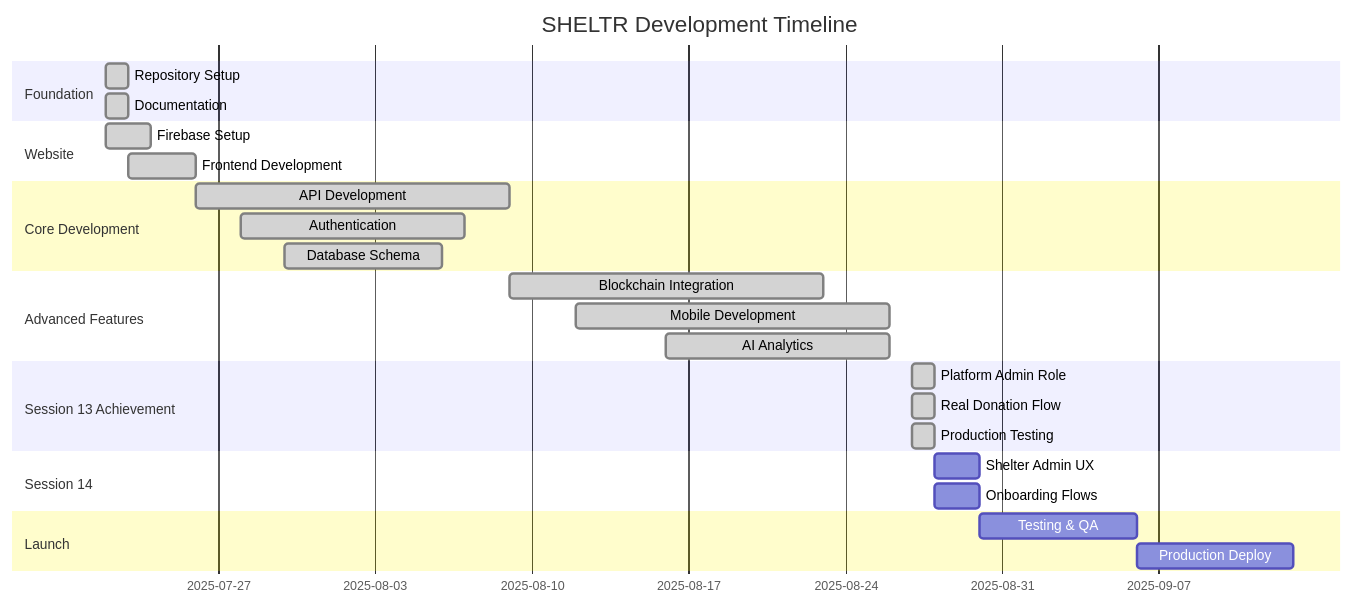
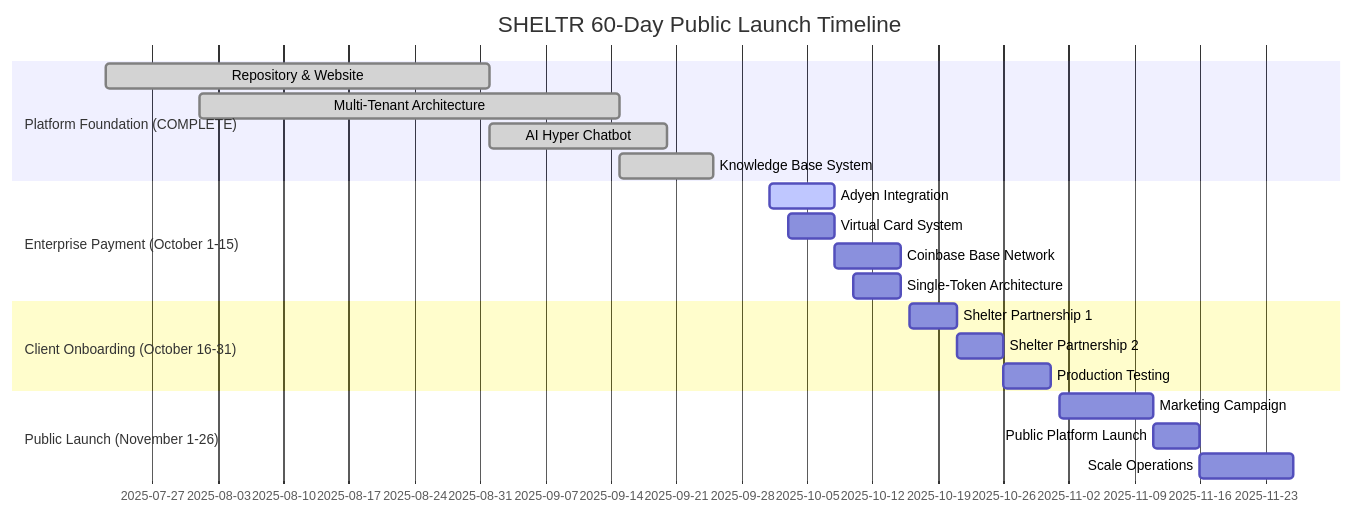
One commit to mrj0nesmtl/sheltr-ai changed the diagram in docs/04-development/dev-roadmap.md. Above: the diagram before and after it, drawn with Mermaid. The commit also changed other lines of this file and 2 other files, not shown here.

Commit message:
feat: revamp development roadmap with 60-day public launch timeline and AI achievements

````diff
--- a/docs/04-development/dev-roadmap.md
+++ b/docs/04-development/dev-roadmap.md
@@ -26,29 +27,23 @@
 ```mermaid
 gantt
-    title SHELTR Development Timeline
+    title SHELTR 60-Day Public Launch Timeline
     dateFormat  YYYY-MM-DD
-    section Foundation
-    Repository Setup     :done, 2025-07-22, 1d
-    Documentation       :done, 2025-07-22, 1d
-    section Website
-    Firebase Setup      :done, 2025-07-22, 2d
-    Frontend Development :done, 2025-07-23, 3d
-    section Core Development
-    API Development     :done, 2025-07-26, 14d
-    Authentication      :done, 2025-07-28, 10d
-    Database Schema     :done, 2025-07-30, 7d
-    section Advanced Features
-    Blockchain Integration :done, 2025-08-09, 14d
-    Mobile Development  :done, 2025-08-12, 14d
-    AI Analytics       :done, 2025-08-16, 10d
-    section Session 13 Achievement
-    Platform Admin Role    :done, 2025-08-27, 1d
-    Real Donation Flow     :done, 2025-08-27, 1d
-    Production Testing     :done, 2025-08-27, 1d
-    section Session 14
-    Shelter Admin UX       :2025-08-28, 2d
-    Onboarding Flows      :2025-08-28, 2d
-    section Launch
-    Testing & QA       :2025-08-30, 7d
-    Production Deploy  :2025-09-06, 7d
+    section Platform Foundation (COMPLETE)
+    Repository & Website     :done, 2025-07-22, 2025-09-01
+    Multi-Tenant Architecture :done, 2025-08-01, 2025-09-15
+    AI Hyper Chatbot        :done, 2025-09-01, 2025-09-20
+    Knowledge Base System   :done, 2025-09-15, 2025-09-25
+    section Enterprise Payment (October 1-15)
+    Adyen Integration       :active, 2025-10-01, 7d
+    Virtual Card System     :2025-10-03, 5d
+    Coinbase Base Network   :2025-10-08, 7d
+    Single-Token Architecture :2025-10-10, 5d
+    section Client Onboarding (October 16-31)
+    Shelter Partnership 1   :2025-10-16, 5d
+    Shelter Partnership 2   :2025-10-21, 5d
+    Production Testing      :2025-10-26, 5d
+    section Public Launch (November 1-26)
+    Marketing Campaign      :2025-11-01, 10d
+    Public Platform Launch  :2025-11-11, 5d
+    Scale Operations       :2025-11-16, 10d
 ```
````
